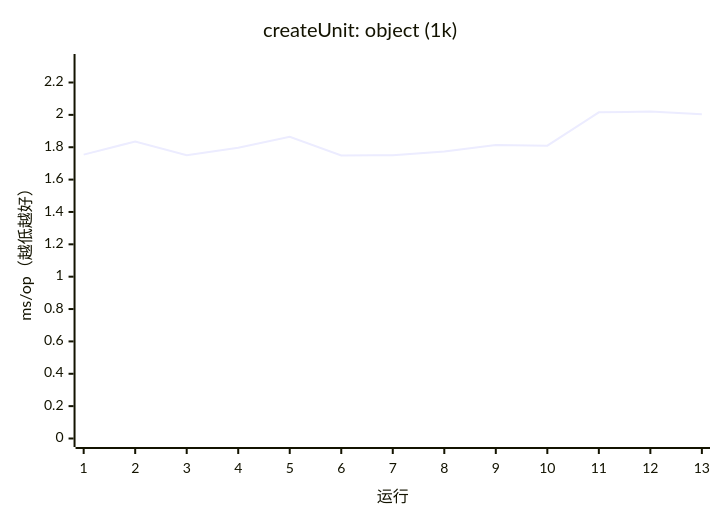
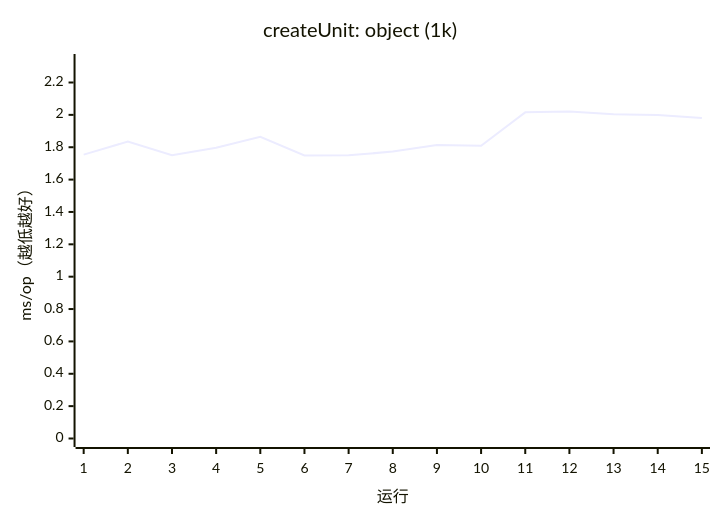
Diagram 12 of 17 in apps/docs/src/content/docs/guides/benchmark.mdx (AIluffy/io), drawn with Mermaid before and after one commit. The commit also changed other lines of this file and 7 other files, not shown here.

````diff
--- a/apps/docs/src/content/docs/guides/benchmark.mdx
+++ b/apps/docs/src/content/docs/guides/benchmark.mdx
@@ -341,7 +343,7 @@
 ```mermaid
 xychart-beta
   title "createUnit: object (1k)"
-  x-axis "运行" [1, 2, 3, 4, 5, 6, 7, 8, 9, 10, 11, 12, 13]
+  x-axis "运行" [1, 2, 3, 4, 5, 6, 7, 8, 9, 10, 11, 12, 13, 14, 15]
   y-axis "ms/op（越低越好）" 0 --> 2.3236
-  line [1.7544, 1.8351, 1.7504, 1.7963, 1.8644, 1.7495, 1.7498, 1.7729, 1.8142, 1.8094, 2.0156, 2.0205, 2.0043]
+  line [1.7544, 1.8351, 1.7504, 1.7963, 1.8644, 1.7495, 1.7498, 1.7729, 1.8142, 1.8094, 2.0156, 2.0205, 2.0043, 1.9985, 1.9802]
 ```
````
